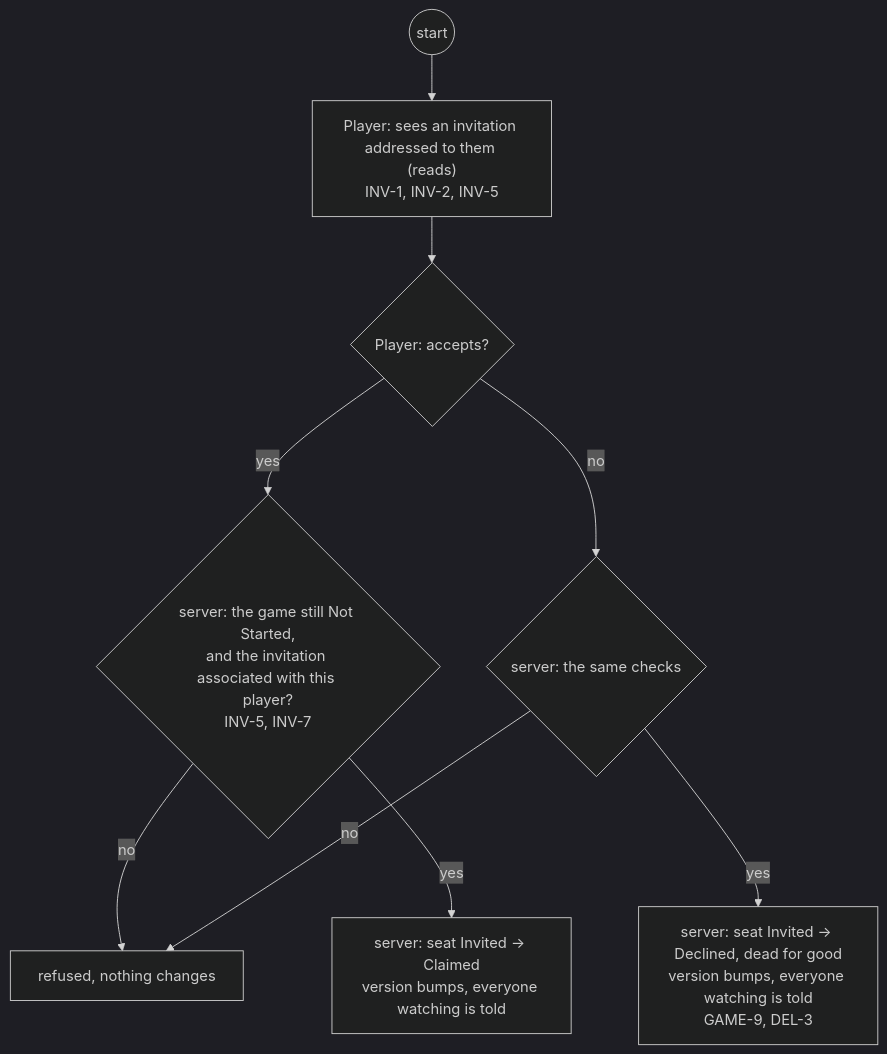
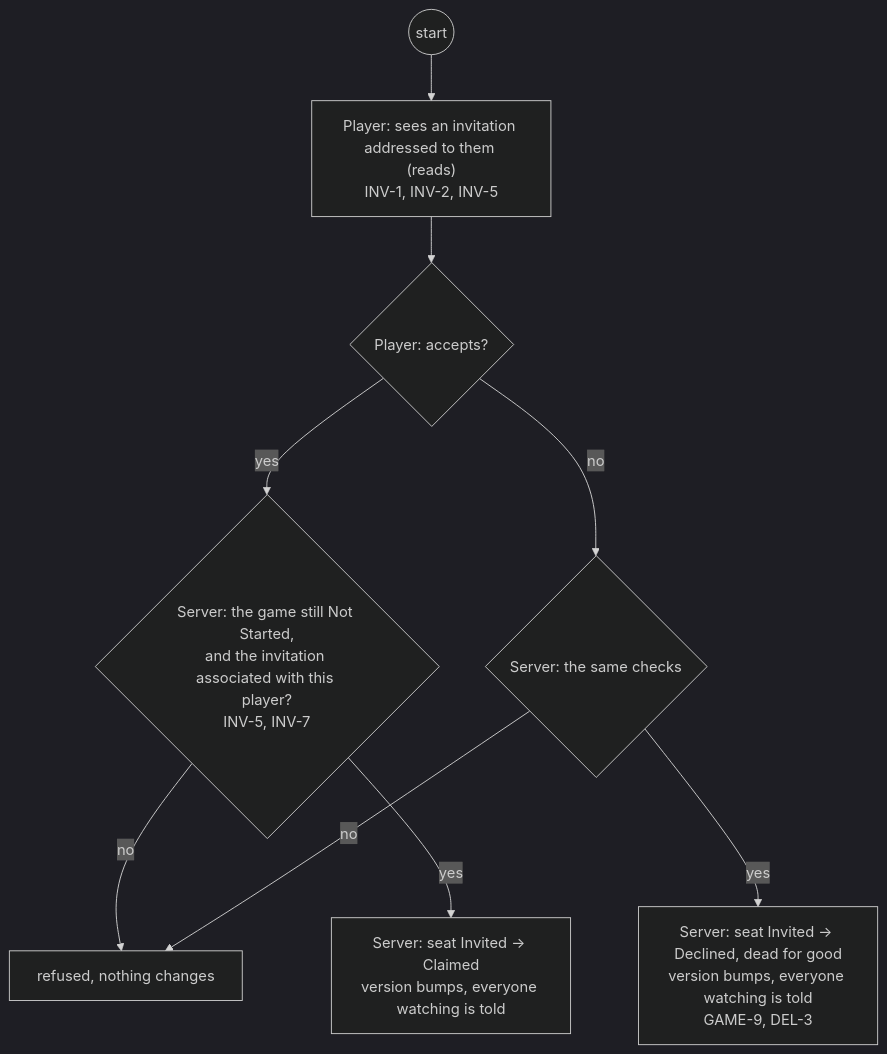
One commit to delphside/programme changed diagram 11 of 29 in docs/changes/workstreams/application-game-architecture/71-one-game-model/71-functional.md. Above: the diagram before and after it, drawn with Mermaid (dark theme). The commit also changed other lines of this file, not shown here.

First line of the commit message:
app 0.9.2 api 2.16: 71: questions get headings Q1 to Q15; Server capitalised as an actor

````diff
--- a/docs/changes/workstreams/application-game-architecture/71-one-game-model/71-functional.md
+++ b/docs/changes/workstreams/application-game-architecture/71-one-game-model/71-functional.md
@@ -246,11 +247,11 @@
 ```mermaid
 flowchart TD
   s0((start)) --> p1["Player: sees an invitation addressed to them (reads)<br/>INV-1, INV-2, INV-5"]
   p1 --> d1{"Player: accepts?"}
-  d1 -- yes --> v1{"server: the game still Not Started,<br/>and the invitation associated with this player?<br/>INV-5, INV-7"}
-  d1 -- no --> v2{"server: the same checks"}
+  d1 -- yes --> v1{"Server: the game still Not Started,<br/>and the invitation associated with this player?<br/>INV-5, INV-7"}
+  d1 -- no --> v2{"Server: the same checks"}
   v1 -- no --> r1["refused, nothing changes"]
   v2 -- no --> r1
-  v1 -- yes --> t1["server: seat Invited → Claimed<br/>version bumps, everyone watching is told"]
-  v2 -- yes --> t2["server: seat Invited → Declined, dead for good<br/>version bumps, everyone watching is told<br/>GAME-9, DEL-3"]
+  v1 -- yes --> t1["Server: seat Invited → Claimed<br/>version bumps, everyone watching is told"]
+  v2 -- yes --> t2["Server: seat Invited → Declined, dead for good<br/>version bumps, everyone watching is told<br/>GAME-9, DEL-3"]
 ```
````
